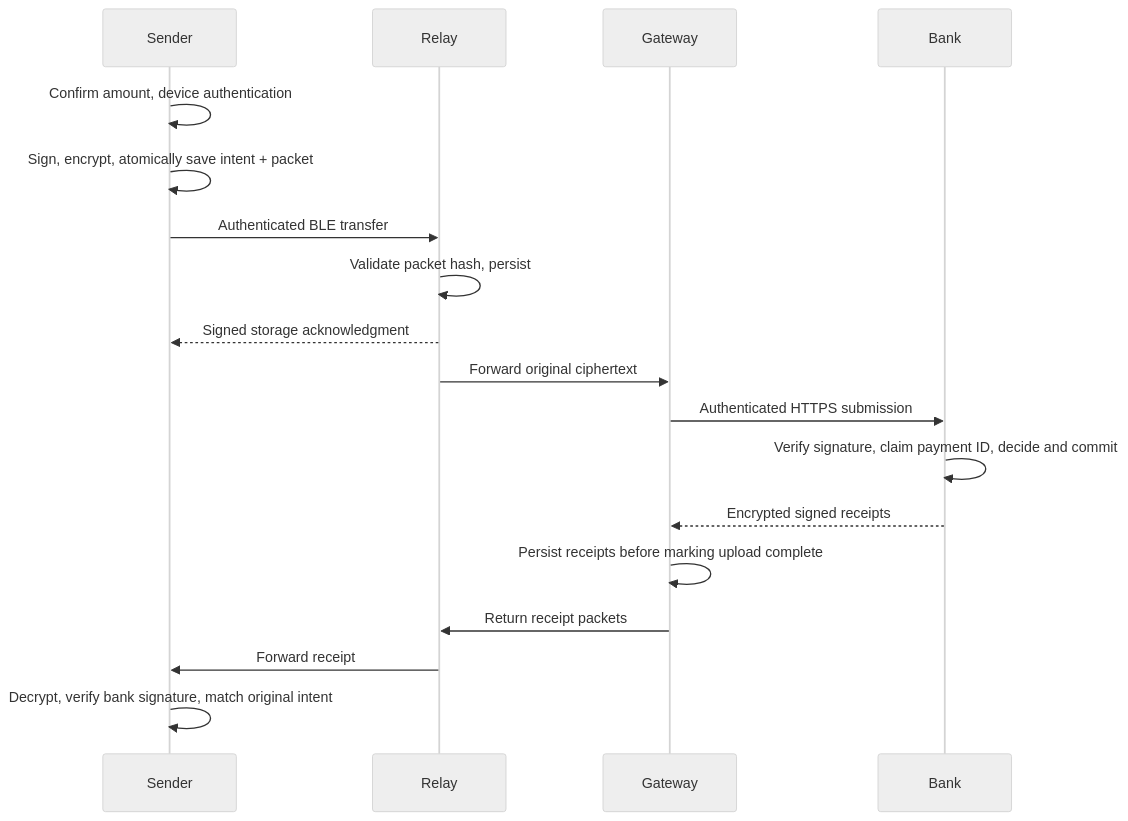
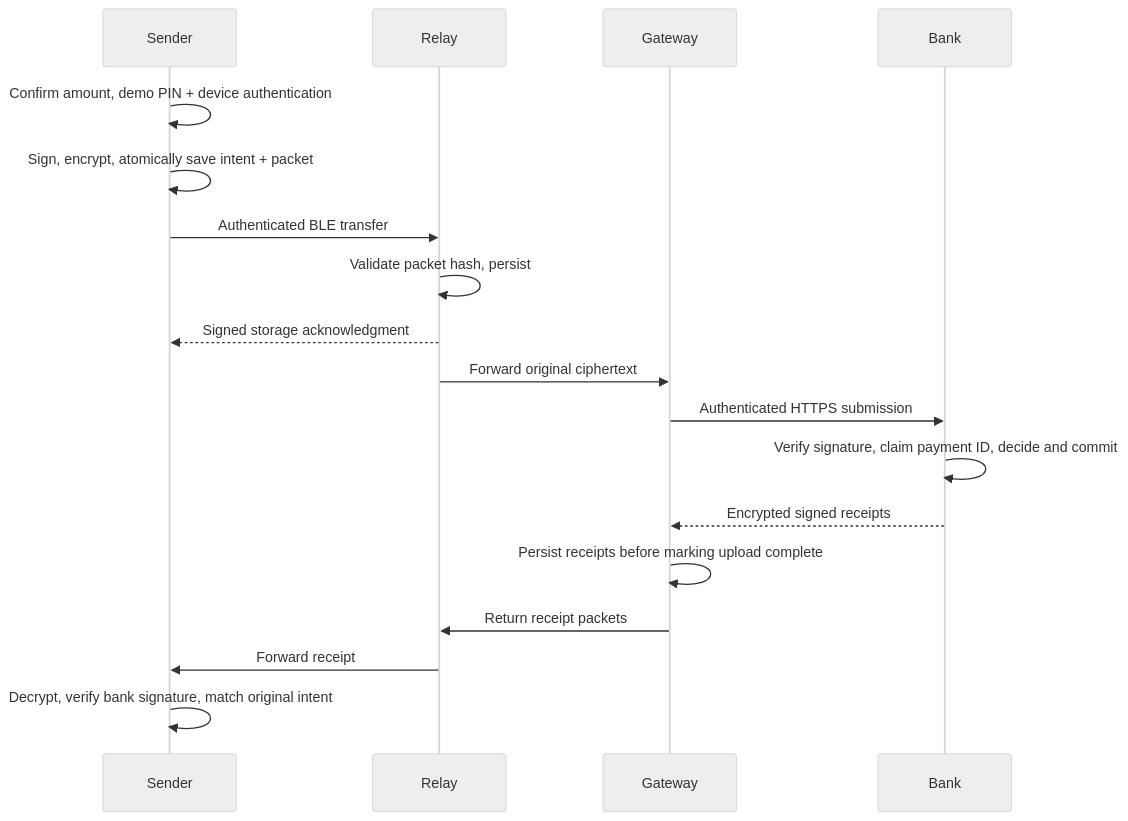
Before and after one commit to Shikharyadav25/BeyondNet: the second of 2 diagrams in docs/ARCHITECTURE.md, drawn with Mermaid (neutral theme). The commit also changed other lines of this file and 149 other files, not shown here.

````diff
--- a/docs/ARCHITECTURE.md
+++ b/docs/ARCHITECTURE.md
@@ -57,20 +57,20 @@
 ```mermaid
 sequenceDiagram
     participant S as Sender
     participant R as Relay
     participant G as Gateway
     participant B as Bank
-    S->>S: Confirm amount, device authentication
+    S->>S: Confirm amount, demo PIN + device authentication
     S->>S: Sign, encrypt, atomically save intent + packet
     S->>R: Authenticated BLE transfer
     R->>R: Validate packet hash, persist
     R-->>S: Signed storage acknowledgment
     R->>G: Forward original ciphertext
     G->>B: Authenticated HTTPS submission
     B->>B: Verify signature, claim payment ID, decide and commit
     B-->>G: Encrypted signed receipts
     G->>G: Persist receipts before marking upload complete
     G->>R: Return receipt packets
     R->>S: Forward receipt
     S->>S: Decrypt, verify bank signature, match original intent
 ```
````
